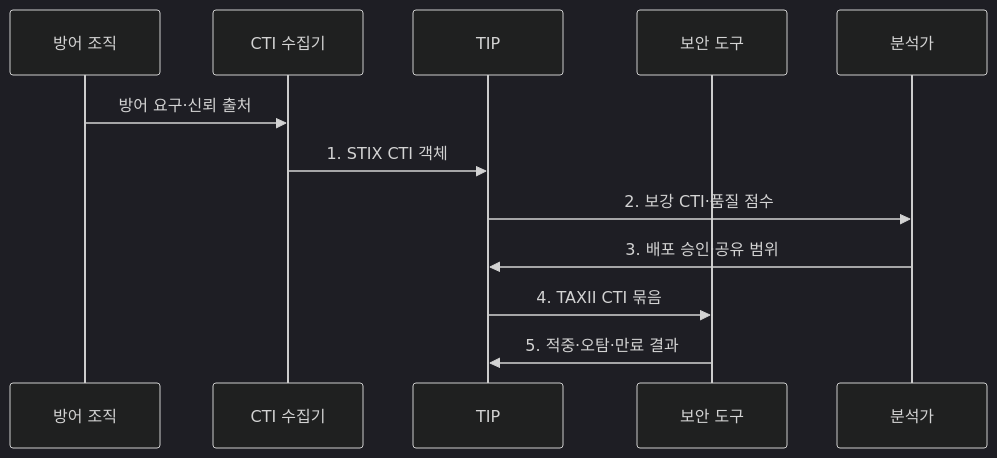
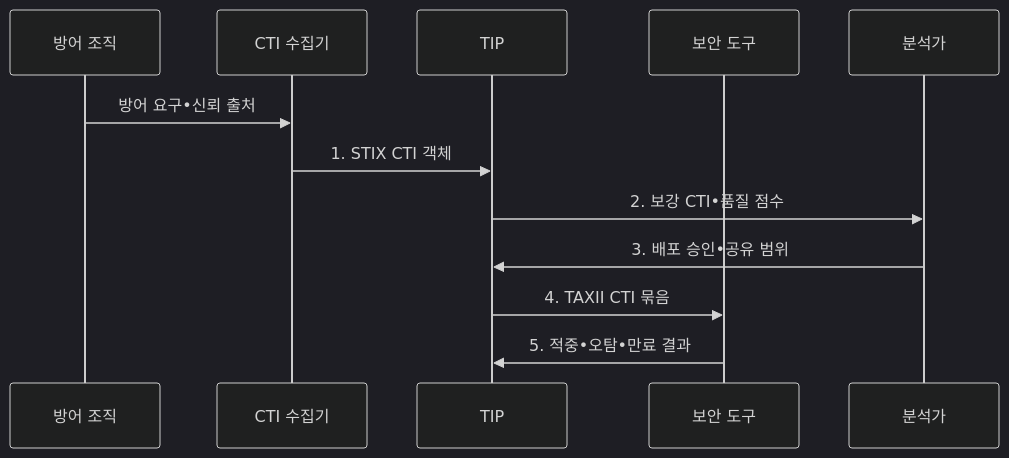
The second of 2 diagrams in src/content/docs/notes/05-security/122_cti_automation.md (agnusdei1207/knowledge-base), drawn with Mermaid (dark theme) before and after one commit. The commit also changed other lines of this file and 953 other files, not shown here.

````diff
--- a/src/content/docs/notes/05-security/122_cti_automation.md
+++ b/src/content/docs/notes/05-security/122_cti_automation.md
@@ -103,14 +103,14 @@
 ```mermaid
 sequenceDiagram
   participant D as 방어 조직
   participant C as CTI 수집기
   participant T as TIP
   participant S as 보안 도구
   participant A as 분석가
-  D->>C: 방어 요구·신뢰 출처
+  D->>C: 방어 요구•신뢰 출처
   C->>T: 1. STIX CTI 객체
-  T->>A: 2. 보강 CTI·품질 점수
-  A->>T: 3. 배포 승인·공유 범위
+  T->>A: 2. 보강 CTI•품질 점수
+  A->>T: 3. 배포 승인•공유 범위
   T->>S: 4. TAXII CTI 묶음
-  S->>T: 5. 적중·오탐·만료 결과
+  S->>T: 5. 적중•오탐•만료 결과
 ```
````
